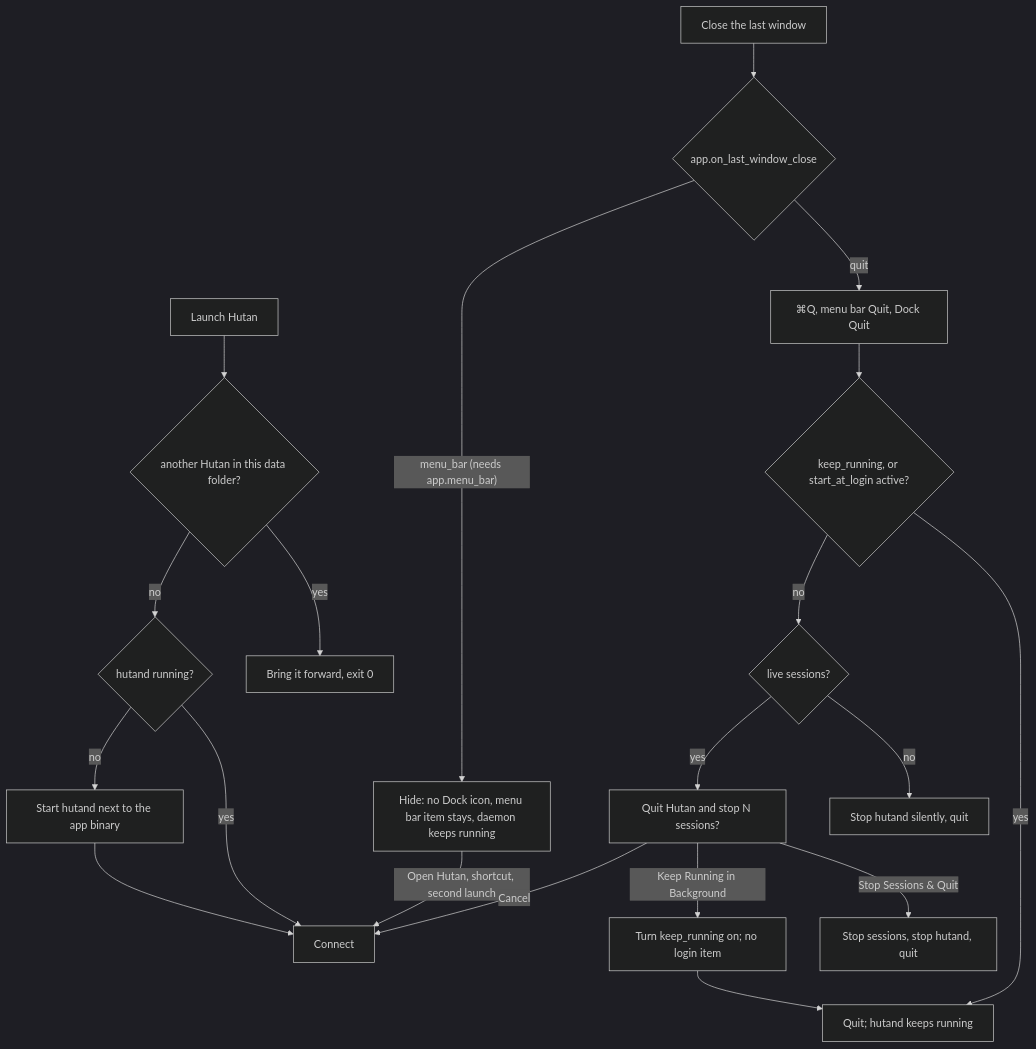
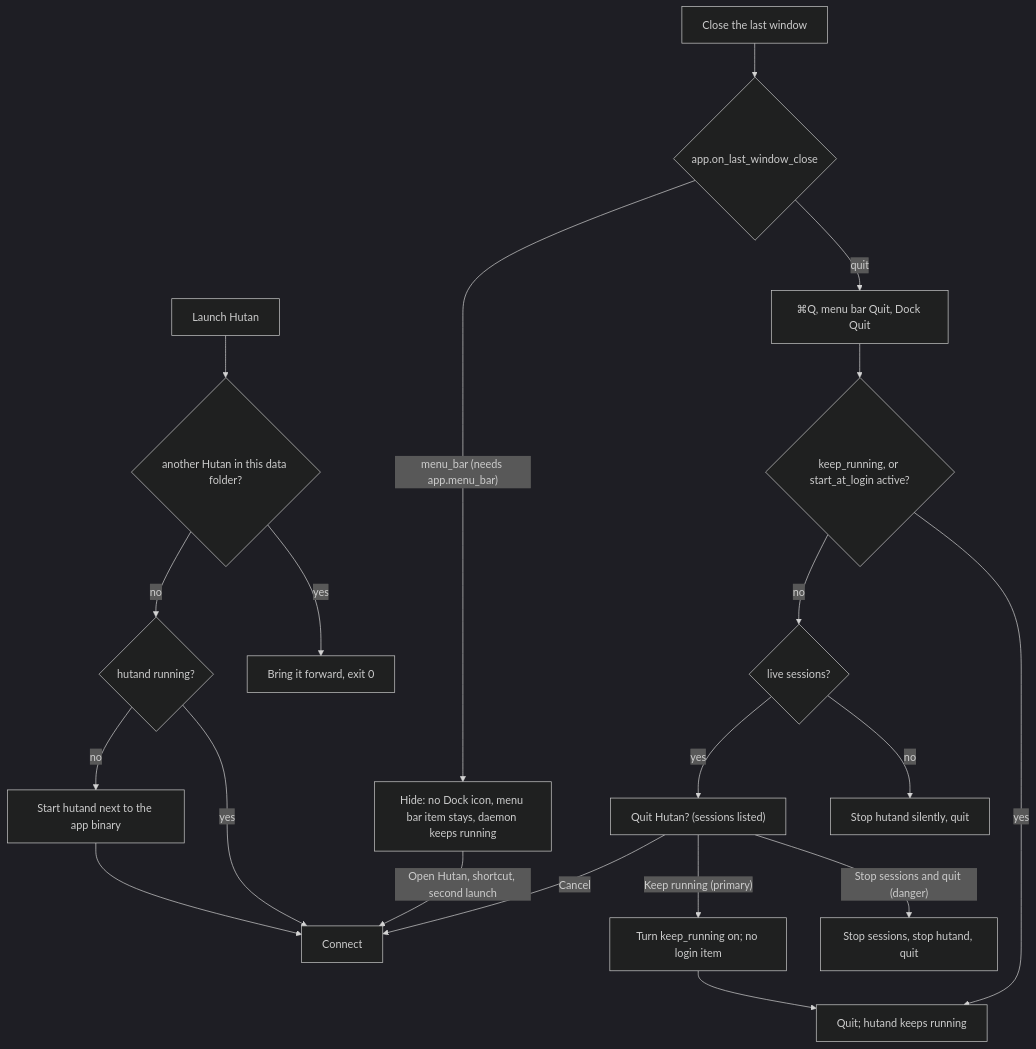
One commit to robertt3kuk/hutan changed the second of 2 diagrams in docs/design.md. Above: the diagram before and after it, drawn with Mermaid (dark theme). The commit also changed other lines of this file and 18 other files, not shown here.

````diff
--- a/docs/design.md
+++ b/docs/design.md
@@ -905,20 +914,20 @@
 ```mermaid
 flowchart TD
   L[Launch Hutan] --> I{another Hutan in this data folder?}
   I -- yes --> F[Bring it forward, exit 0]
   I -- no --> C{hutand running?}
   C -- yes --> A[Connect]
   C -- no --> S[Start hutand next to the app binary] --> A
   W[Close the last window] --> M{app.on_last_window_close}
   M -- quit --> Q
   M -- "menu_bar (needs app.menu_bar)" --> H[Hide: no Dock icon, menu bar item stays, daemon keeps running]
   H -- "Open Hutan, shortcut, second launch" --> A
   Q[⌘Q, menu bar Quit, Dock Quit] --> KR{keep_running, or start_at_login active?}
   KR -- yes --> K[Quit; hutand keeps running]
   KR -- no --> LV{live sessions?}
   LV -- no --> X[Stop hutand silently, quit]
-  LV -- yes --> D["Quit Hutan and stop N sessions?"]
-  D -- Stop Sessions & Quit --> X2[Stop sessions, stop hutand, quit]
-  D -- Keep Running in Background --> R[Turn keep_running on; no login item] --> K
+  LV -- yes --> D["Quit Hutan? (sessions listed)"]
+  D -- "Stop sessions and quit (danger)" --> X2[Stop sessions, stop hutand, quit]
+  D -- "Keep running (primary)" --> R[Turn keep_running on; no login item] --> K
   D -- Cancel --> A
 ```
````
